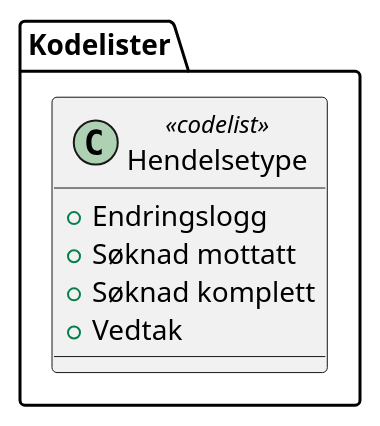
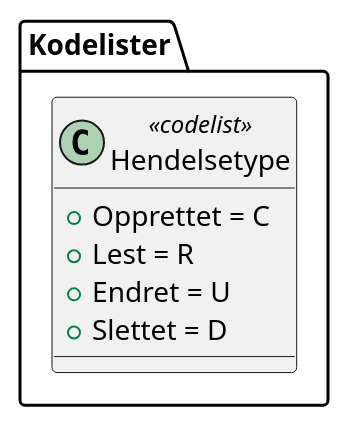
One commit to arkivverket/noark5-tjenestegrensesnitt-standard changed the diagram in kapitler/media/uml-codelist-hendelsetype.iuml. Above: the diagram before and after it, drawn with PlantUML. The commit also changed 4 other files, not shown here.

Commit message:
Oppdaterte PlantUML-diagram fra teksten.

```diff
--- a/kapitler/media/uml-codelist-hendelsetype.iuml
+++ b/kapitler/media/uml-codelist-hendelsetype.iuml
@@ -1,8 +1,8 @@
 @startuml
 class Kodelister.Hendelsetype <<codelist>> {
-  +Endringslogg
-  +Søknad mottatt
-  +Søknad komplett
-  +Vedtak
+  +Opprettet = C
+  +Lest = R
+  +Endret = U
+  +Slettet = D
 }
 @enduml
```
